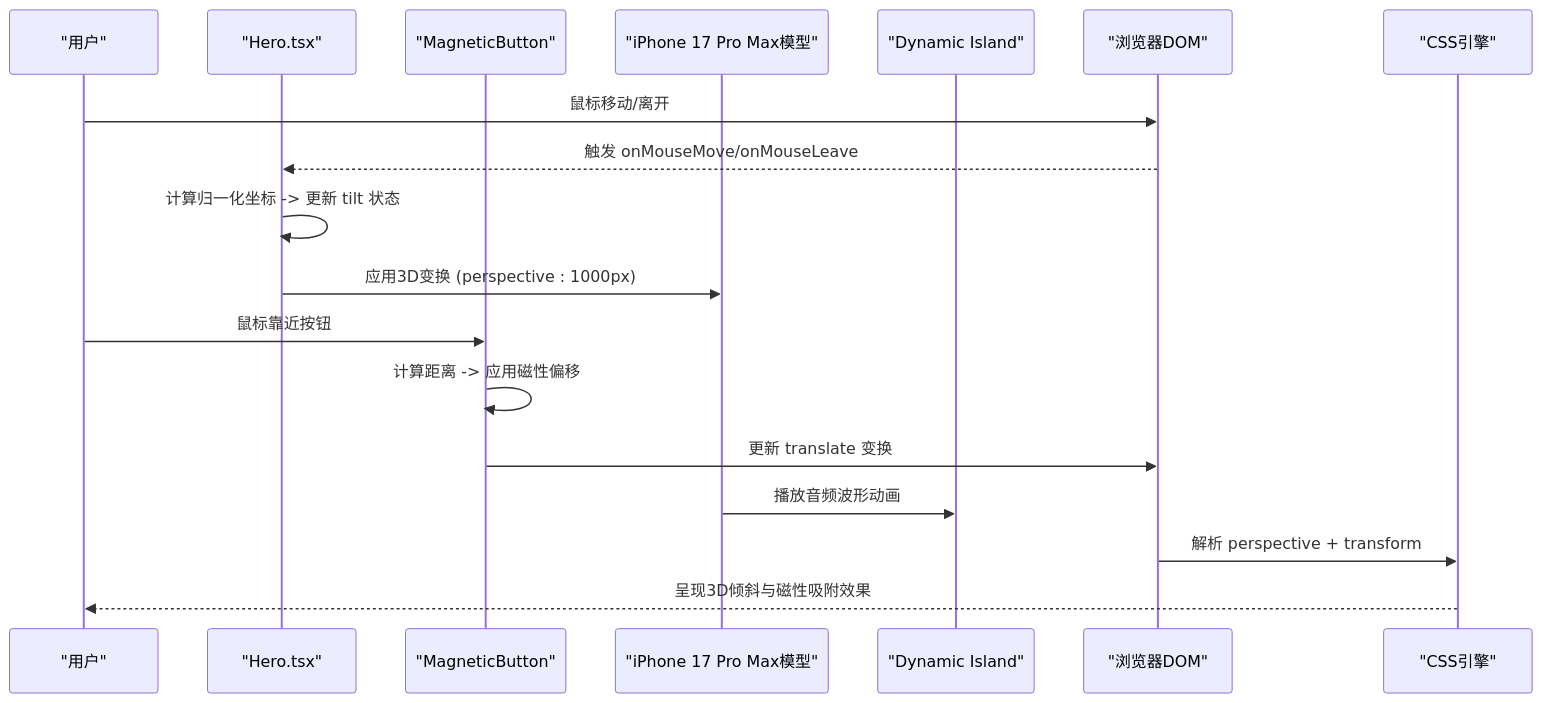
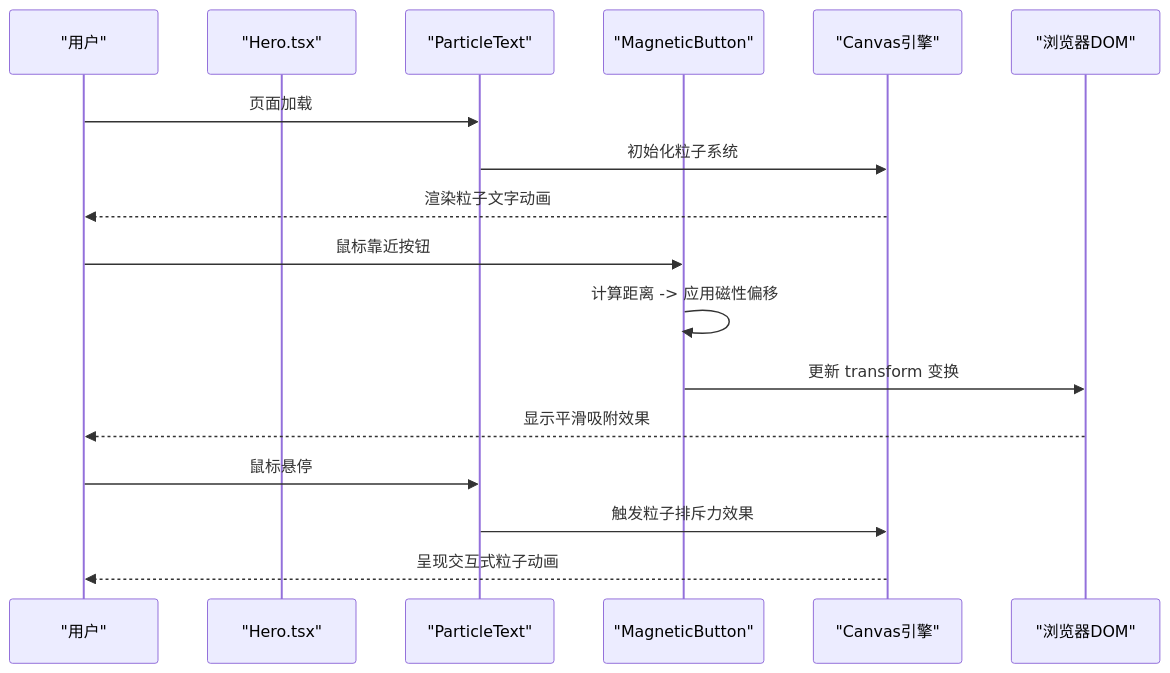
The second of 4 diagrams in .qoder/repowiki/zh/content/架构设计/组件架构/页面组件/Hero组件.md (Primoguo/naolizhi.cn), drawn with Mermaid before and after one commit. The commit also changed other lines of this file and 73 other files, not shown here.

````diff
--- a/.qoder/repowiki/zh/content/架构设计/组件架构/页面组件/Hero组件.md
+++ b/.qoder/repowiki/zh/content/架构设计/组件架构/页面组件/Hero组件.md
@@ -73,20 +71,19 @@
 ```mermaid
 sequenceDiagram
 participant User as "用户"
 participant Hero as "Hero.tsx"
+participant ParticleText as "ParticleText"
 participant MagneticBtn as "MagneticButton"
-participant iPhone as "iPhone 17 Pro Max模型"
-participant DynamicIsland as "Dynamic Island"
+participant Canvas as "Canvas引擎"
 participant DOM as "浏览器DOM"
-participant CSS as "CSS引擎"
-User->>DOM : 鼠标移动/离开
-DOM-->>Hero : 触发 onMouseMove/onMouseLeave
-Hero->>Hero : 计算归一化坐标 -> 更新 tilt 状态
-Hero->>iPhone : 应用3D变换 (perspective : 1000px)
+User->>ParticleText : 页面加载
+ParticleText->>Canvas : 初始化粒子系统
+Canvas-->>User : 渲染粒子文字动画
 User->>MagneticBtn : 鼠标靠近按钮
 MagneticBtn->>MagneticBtn : 计算距离 -> 应用磁性偏移
-MagneticBtn->>DOM : 更新 translate 变换
-iPhone->>DynamicIsland : 播放音频波形动画
-DOM->>CSS : 解析 perspective + transform
-CSS-->>User : 呈现3D倾斜与磁性吸附效果
+MagneticBtn->>DOM : 更新 transform 变换
+DOM-->>User : 显示平滑吸附效果
+User->>ParticleText : 鼠标悬停
+ParticleText->>Canvas : 触发粒子排斥力效果
+Canvas-->>User : 呈现交互式粒子动画
 ```
````
